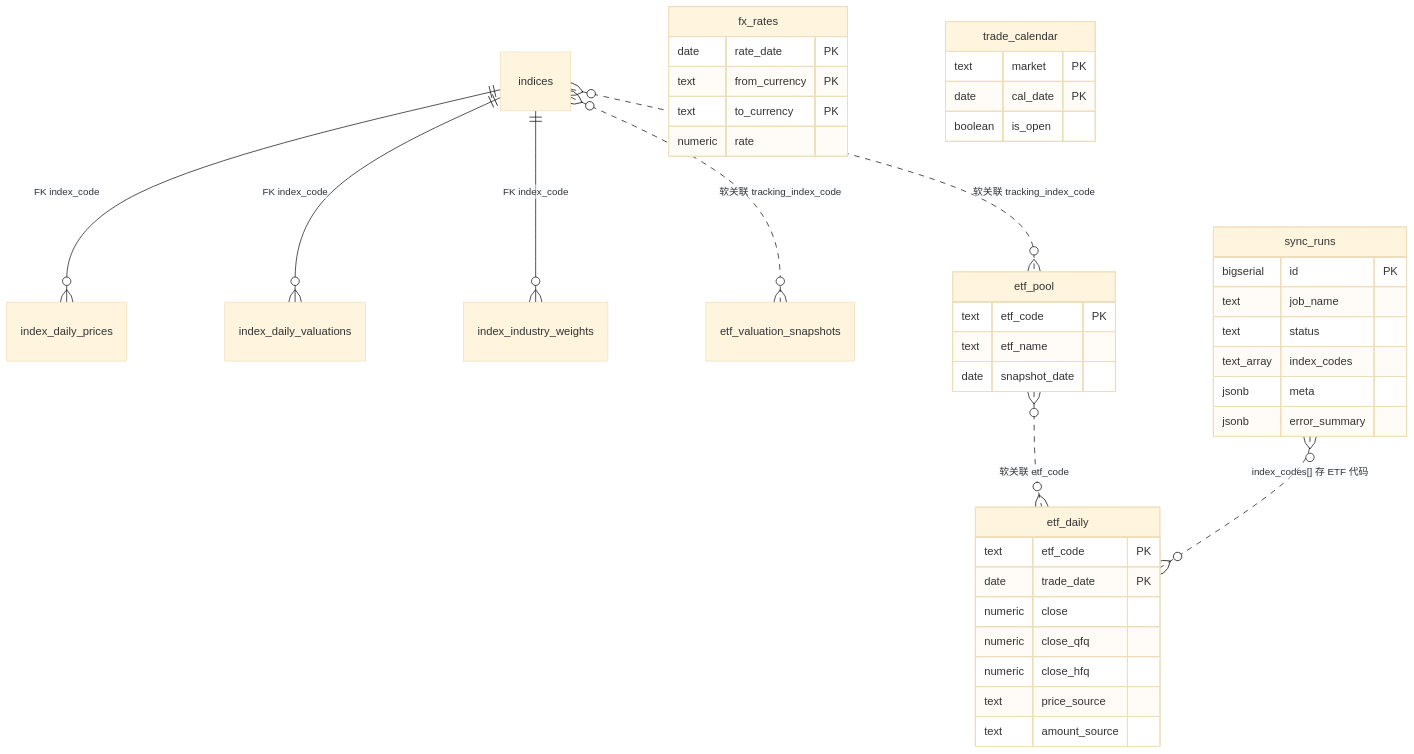
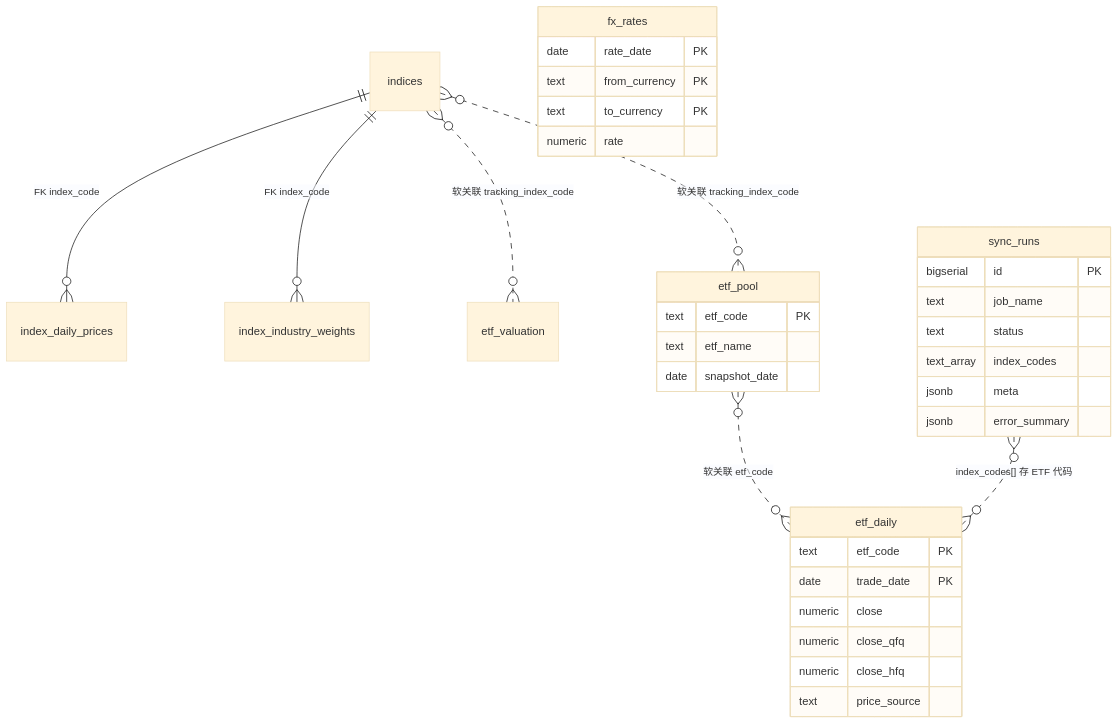
One commit to AbnerSunLabs/scheduled-tasks changed the diagram in doc/supabase-schema.md. Above: the diagram before and after it, drawn with Mermaid (base theme). The commit also changed other lines of this file and 39 other files, not shown here.

````diff
--- a/doc/supabase-schema.md
+++ b/doc/supabase-schema.md
@@ -48,48 +47,41 @@
 ```mermaid
 erDiagram
     indices ||--o{ index_daily_prices : "FK index_code"
-    indices ||--o{ index_daily_valuations : "FK index_code"
     indices ||--o{ index_industry_weights : "FK index_code"
-    indices }o..o{ etf_valuation_snapshots : "软关联 tracking_index_code"
+    indices }o..o{ etf_valuation : "软关联 tracking_index_code"
     indices }o..o{ etf_pool : "软关联 tracking_index_code"
     etf_pool }o..o{ etf_daily : "软关联 etf_code"
     sync_runs }o..o{ etf_daily : "index_codes[] 存 ETF 代码"
 
     sync_runs {
         bigserial id PK
         text job_name
         text status
         text_array index_codes
         jsonb meta
         jsonb error_summary
     }
 
     etf_pool {
         text etf_code PK
         text etf_name
         date snapshot_date
     }
 
     etf_daily {
         text etf_code PK
         date trade_date PK
         numeric close
         numeric close_qfq
         numeric close_hfq
         text price_source
-        text amount_source
     }
 
     fx_rates {
         date rate_date PK
         text from_currency PK
         text to_currency PK
         numeric rate
     }
 
-    trade_calendar {
-        text market PK
-        date cal_date PK
-        boolean is_open
-    }
 ```
````
